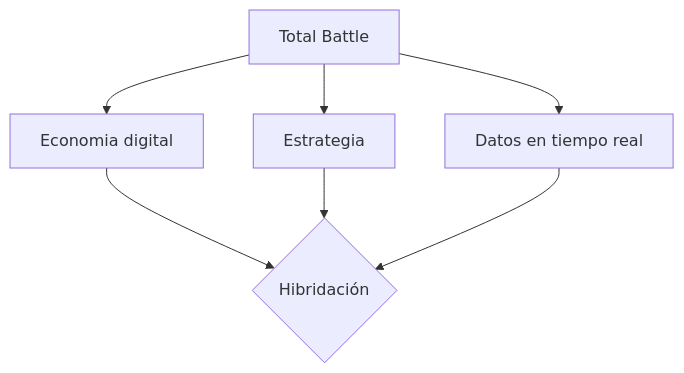
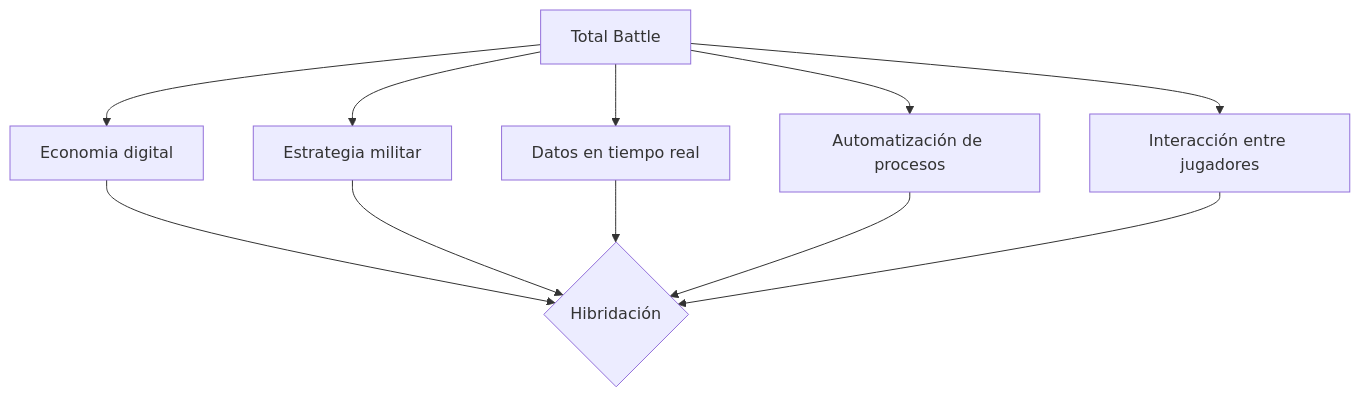
Before and after one commit to cayalasola/PEC3_Manovich_Reloaded: the first of 2 diagrams in README.md, drawn with Mermaid. The commit also changed other lines of this file, not shown here.

````diff
--- a/README.md
+++ b/README.md
@@ -24,10 +24,14 @@
 ```mermaid
 flowchart TD
     A[Total Battle]
     A --> B[Economia digital]
-    A --> C[Estrategia]
+    A --> C[Estrategia militar]
     A --> D[Datos en tiempo real]
+    A--> F[Automatización de procesos]
+    A--> G[Interacción entre jugadores]
     B --> E{Hibridación}
     C --> E{Hibridación}
     D --> E{Hibridación}
+    F --> E{Hibridación}
+    G --> E{Hibridación}
 ```
````
